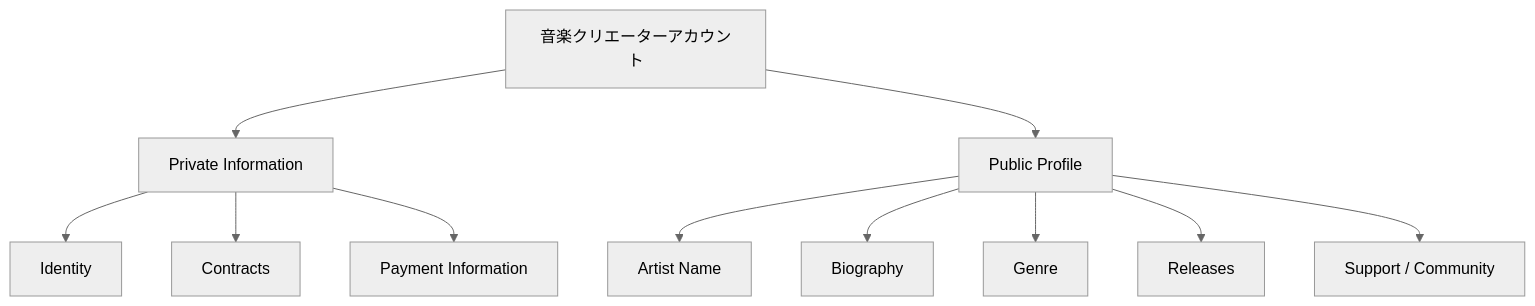
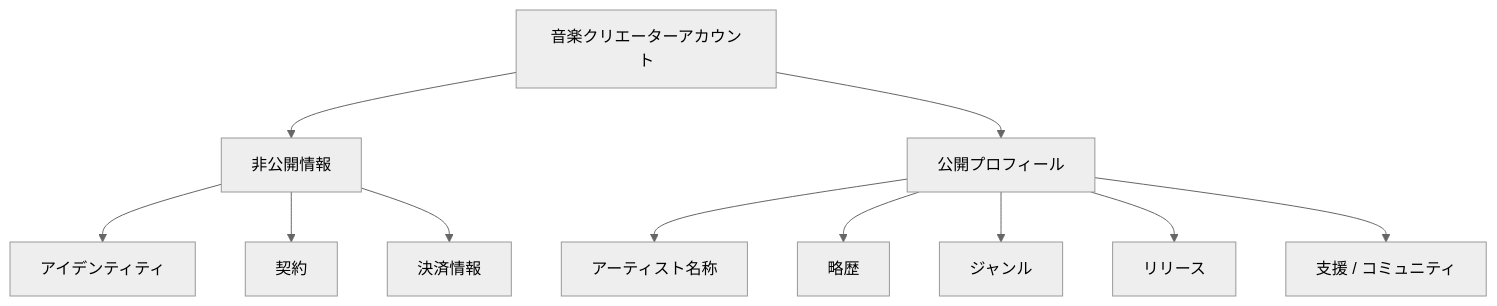
One commit to ShigeichiroYamasaki/creator-first-platform changed the fourth of 29 diagrams in docs/whitepaper/05-creator-onboarding.md. Above: the diagram before and after it, drawn with Mermaid (neutral theme). The commit also changed other lines of this file and 72 other files, not shown here.

````diff
--- a/docs/whitepaper/05-creator-onboarding.md
+++ b/docs/whitepaper/05-creator-onboarding.md
@@ -166,17 +166,17 @@
 ```mermaid
 flowchart TD
     ACCOUNT[音楽クリエーターアカウント]
 
-    ACCOUNT --> PRIVATE[Private Information]
-    ACCOUNT --> PUBLIC[Public Profile]
+    ACCOUNT --> PRIVATE[非公開情報]
+    ACCOUNT --> PUBLIC[公開プロフィール]
 
-    PRIVATE --> ID[Identity]
-    PRIVATE --> CONTRACT[Contracts]
-    PRIVATE --> PAYMENT[Payment Information]
+    PRIVATE --> ID[アイデンティティ]
+    PRIVATE --> CONTRACT[契約]
+    PRIVATE --> PAYMENT[決済情報]
 
-    PUBLIC --> NAME[Artist Name]
-    PUBLIC --> BIO[Biography]
-    PUBLIC --> GENRE[Genre]
-    PUBLIC --> RELEASES[Releases]
-    PUBLIC --> SUPPORT[Support / Community]
+    PUBLIC --> NAME[アーティスト名称]
+    PUBLIC --> BIO[略歴]
+    PUBLIC --> GENRE[ジャンル]
+    PUBLIC --> RELEASES[リリース]
+    PUBLIC --> SUPPORT[支援 / コミュニティ]
 ```
````
